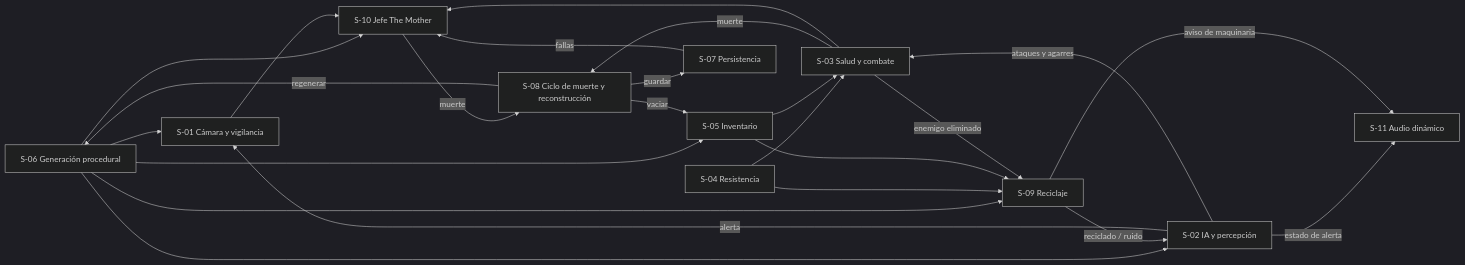
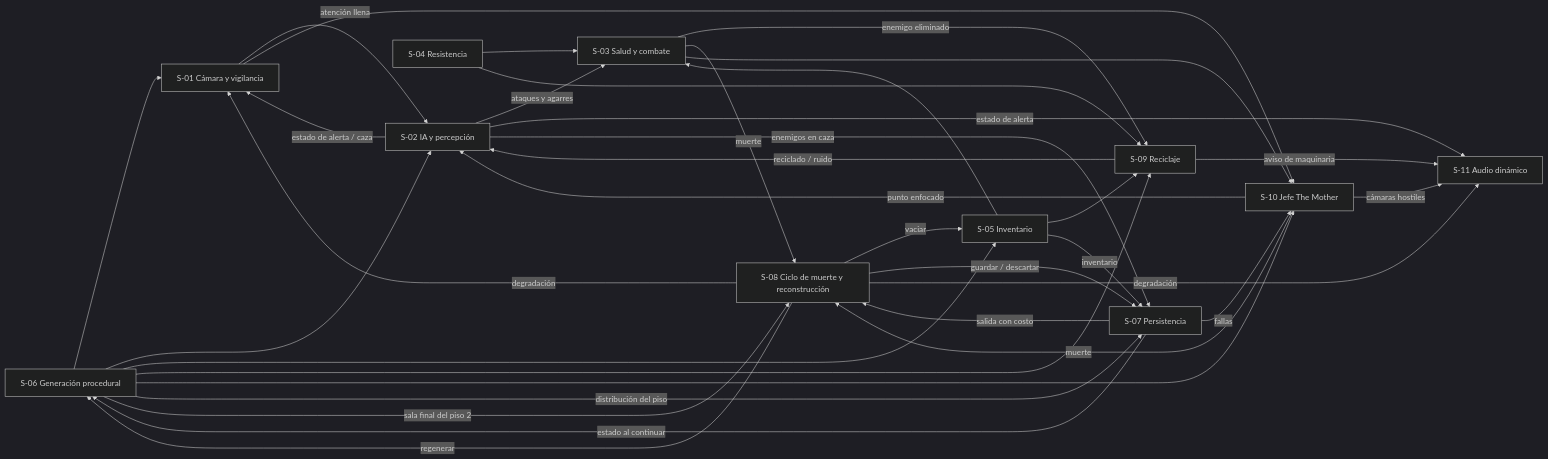
One commit to ChristianC720/survivalHorror-Demo changed the diagram in GDD/02 - Diseño/03 - Sistemas.md. Above: the diagram before and after it, drawn with Mermaid (dark theme). The commit also changed other lines of this file and 23 other files, not shown here.

````diff
--- a/GDD/02 - Diseño/03 - Sistemas.md
+++ b/GDD/02 - Diseño/03 - Sistemas.md
@@ -465,26 +580,37 @@
 ```mermaid
 flowchart LR
     GEN[S-06 Generación procedural] --> CAM[S-01 Cámara y vigilancia]
     GEN --> IA[S-02 IA y percepción]
     GEN --> INV[S-05 Inventario]
     GEN --> REC[S-09 Reciclaje]
     GEN --> JEFE[S-10 Jefe The Mother]
-    IA -- alerta --> CAM
+    GEN -- distribución del piso --> PER[S-07 Persistencia]
+    GEN -- sala final del piso 2 --> MUE[S-08 Ciclo de muerte y reconstrucción]
+    CAM -- atención llena --> IA
+    IA -- estado de alerta / caza --> CAM
     IA -- ataques y agarres --> COM[S-03 Salud y combate]
     IA -- estado de alerta --> AUD[S-11 Audio dinámico]
+    IA -- enemigos en caza --> PER
     RES[S-04 Resistencia] --> COM
     RES --> REC
     INV --> COM
     INV --> REC
+    INV -- inventario --> PER
     COM -- enemigo eliminado --> REC
     REC -- reciclado / ruido --> IA
     REC -- aviso de maquinaria --> AUD
-    COM -- muerte --> MUE[S-08 Ciclo de muerte y reconstrucción]
+    COM -- muerte --> MUE
     MUE -- vaciar --> INV
     MUE -- regenerar --> GEN
-    MUE -- guardar --> PER[S-07 Persistencia]
+    MUE -- guardar / descartar --> PER
+    MUE -- degradación --> AUD
+    MUE -- degradación --> CAM
+    PER -- estado al continuar --> GEN
+    PER -- salida con costo --> MUE
     PER -- fallas --> JEFE
+    JEFE -- punto enfocado --> IA
+    JEFE -- cámaras hostiles --> AUD
     JEFE -- muerte --> MUE
     CAM --> JEFE
     COM --> JEFE
 ```
````
